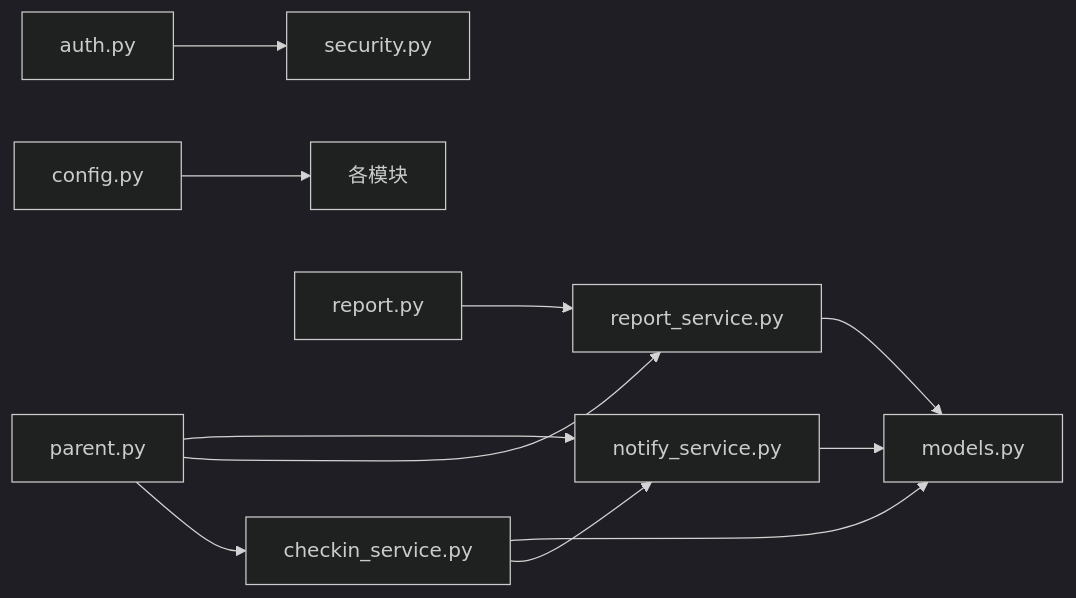
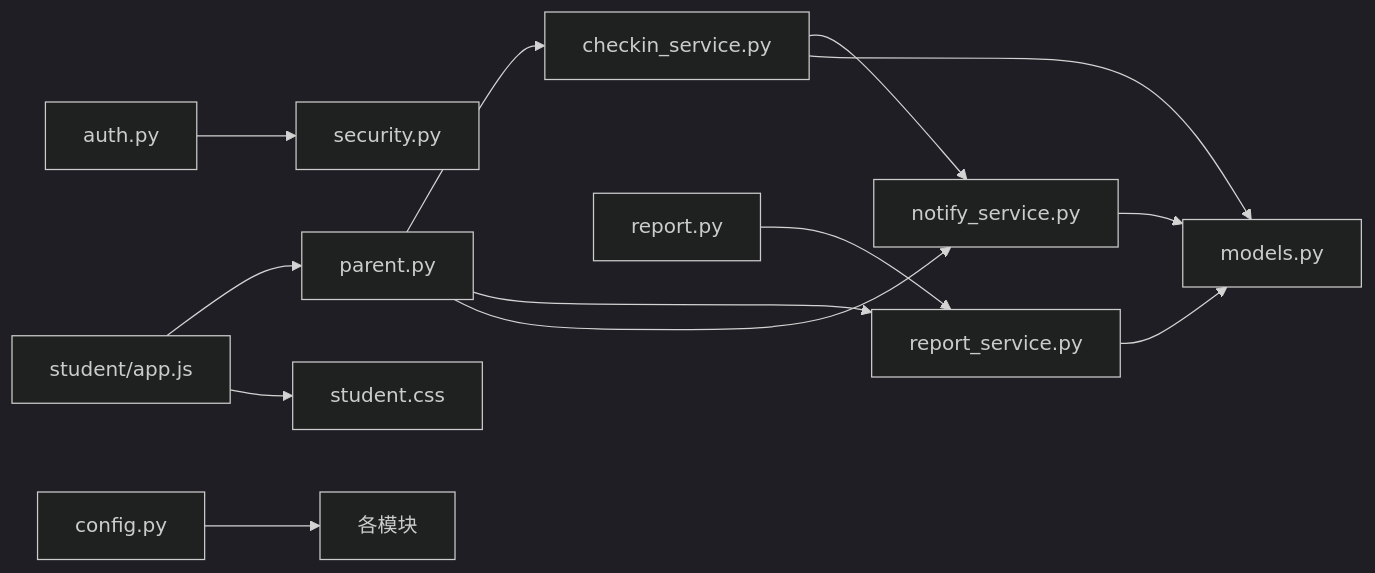
Before and after one commit to onebody/homework: the eighth of 8 diagrams in .qoder/repowiki/zh/content/暑假作业打卡系统/核心业务功能/家长监督功能.md, drawn with Mermaid (dark theme). The commit also changed other lines of this file and 10 other files, not shown here.

````diff
--- a/.qoder/repowiki/zh/content/暑假作业打卡系统/核心业务功能/家长监督功能.md
+++ b/.qoder/repowiki/zh/content/暑假作业打卡系统/核心业务功能/家长监督功能.md
@@ -298,13 +381,15 @@
 ```mermaid
 graph LR
 ParentRouter["parent.py"] --> CheckinSvc["checkin_service.py"]
 ParentRouter --> ReportSvc["report_service.py"]
 ParentRouter --> NotifySvc["notify_service.py"]
 AuthRouter["auth.py"] --> Security["security.py"]
 ReportRouter["report.py"] --> ReportSvc
 CheckinSvc --> NotifySvc
 CheckinSvc --> Models["models.py"]
 ReportSvc --> Models
 NotifySvc --> Models
 Config["config.py"] --> All["各模块"]
+StudentFrontend["student/app.js"] --> ParentRouter
+StudentFrontend --> StudentCSS["student.css"]
 ```
````
